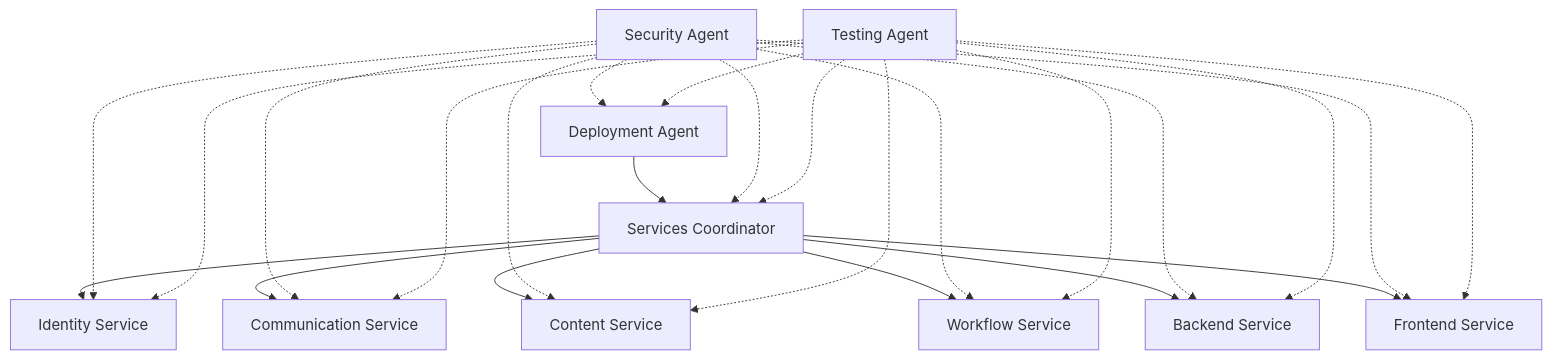
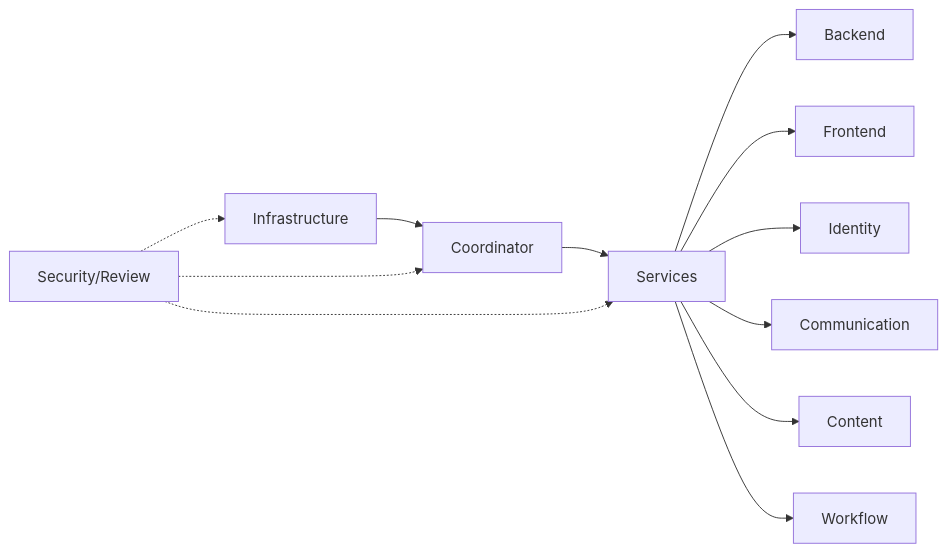
One commit to stef9github/ReactDjango-Hub changed the diagram in CLAUDE.md. Above: the diagram before and after it, drawn with Mermaid. The commit also changed other lines of this file and 6 other files, not shown here.

First line of the commit message:
refactor(agents): simplify VSCode configuration and streamline agent architecture

````diff
--- a/CLAUDE.md
+++ b/CLAUDE.md
@@ -38,28 +50,15 @@
 ```mermaid
-graph TB
-    A[Deployment Agent] --> B[Services Coordinator]
-    B --> C[Identity Service]
-    B --> D[Communication Service]
-    B --> E[Content Service]  
-    B --> F[Workflow Service]
-    B --> G[Backend Service]
-    B --> H[Frontend Service]
+graph LR
+    A[Infrastructure] --> B[Coordinator]
+    B --> C[Services]
+    C --> D[Backend]
+    C --> E[Frontend]
+    C --> F[Identity]
+    C --> G[Communication]
+    C --> H[Content]
+    C --> I[Workflow]
     
-    I[Security Agent] -.-> A
-    I -.-> B
-    I -.-> C
-    I -.-> D
-    I -.-> E
-    I -.-> F
-    I -.-> G
-    I -.-> H
-    
-    J[Testing Agent] -.-> A
+    J[Security/Review] -.-> A
     J -.-> B
     J -.-> C
-    J -.-> D
-    J -.-> E
-    J -.-> F
-    J -.-> G
-    J -.-> H
 ```
````
